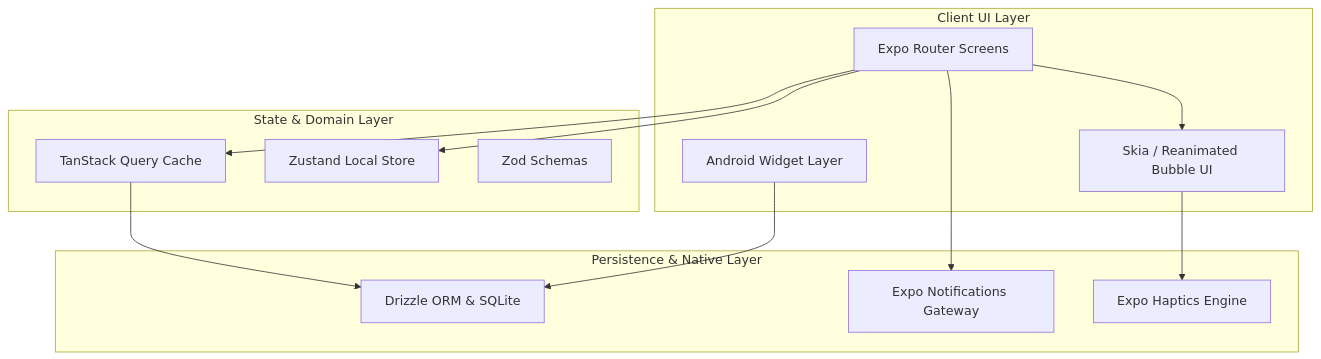
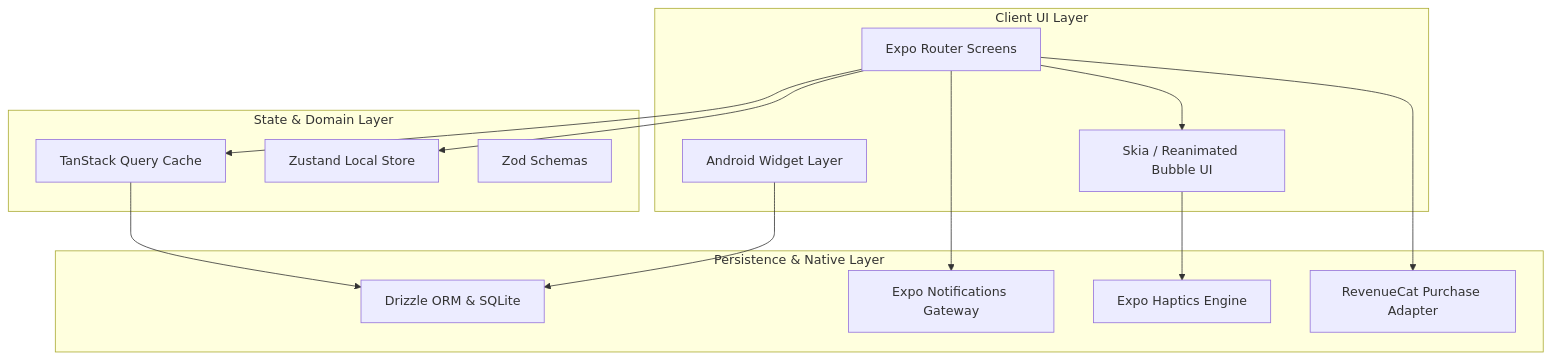
Before and after one commit to rion0918/pop-reminder: the diagram in docs/TECH_STACK.md, drawn with Mermaid. The commit also changed other lines of this file and 35 other files, not shown here.

````diff
--- a/docs/TECH_STACK.md
+++ b/docs/TECH_STACK.md
@@ -9,28 +9,30 @@
 ```mermaid
 graph TB
     subgraph Client [Client UI Layer]
         AppUI[Expo Router Screens]
         BubbleUI[Skia / Reanimated Bubble UI]
         WidgetUI[Android Widget Layer]
     end
 
     subgraph StateDomain [State & Domain Layer]
         TanStack[TanStack Query Cache]
         ZustandStore[Zustand Local Store]
         ZodSchemas[Zod Schemas]
     end
 
     subgraph PersistenceNative [Persistence & Native Layer]
         Drizzle[Drizzle ORM & SQLite]
         Notifications[Expo Notifications Gateway]
         Haptics[Expo Haptics Engine]
+        Purchases[RevenueCat Purchase Adapter]
     end
 
     AppUI --> TanStack
     AppUI --> ZustandStore
     AppUI --> BubbleUI
     TanStack --> Drizzle
     AppUI --> Notifications
+    AppUI --> Purchases
     BubbleUI --> Haptics
     WidgetUI --> Drizzle
 ```
````
